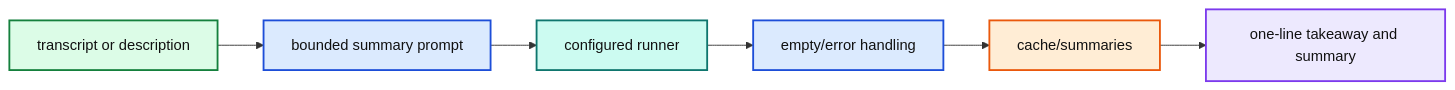
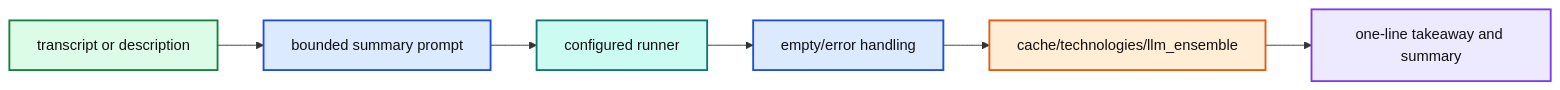
One commit to reshinto/social-research-probe changed the diagram in docs/diagrams/src/summary-quality.mmd. Above: the diagram before and after it, drawn with Mermaid. The commit also changed 49 other files, not shown here.

```diff
--- a/docs/diagrams/src/summary-quality.mmd
+++ b/docs/diagrams/src/summary-quality.mmd
@@ -1,20 +1,20 @@
 %%{init: {"theme":"base","themeVariables":{"background":"#ffffff","mainBkg":"#ffffff","primaryTextColor":"#111111","lineColor":"#333333","fontFamily":"Arial, sans-serif","clusterBkg":"#ffffff","clusterBorder":"#d0d7de"}}}%%
 flowchart LR
   Transcript["transcript or description"] --> Prompt["bounded summary prompt"]
   Prompt --> Runner["configured runner"]
   Runner --> Validate["empty/error handling"]
-  Validate --> Cache["cache/summaries"]
+  Validate --> Cache["cache/technologies/llm_ensemble"]
   Cache --> Report["one-line takeaway and summary"]
 
   classDef input fill:#dcfce7,stroke:#15803d,color:#111111,stroke-width:2px;
   classDef process fill:#dbeafe,stroke:#1d4ed8,color:#111111,stroke-width:2px;
   classDef analysis fill:#fef3c7,stroke:#d97706,color:#111111,stroke-width:2px;
   classDef external fill:#ccfbf1,stroke:#0f766e,color:#111111,stroke-width:2px;
   classDef output fill:#ede9fe,stroke:#7c3aed,color:#111111,stroke-width:2px;
   classDef config fill:#ffedd5,stroke:#ea580c,color:#111111,stroke-width:2px;
   classDef risk fill:#fee2e2,stroke:#dc2626,color:#111111,stroke-width:2px;
   class Transcript input;
   class Prompt,Validate process;
   class Runner external;
   class Cache config;
   class Report output;
```
